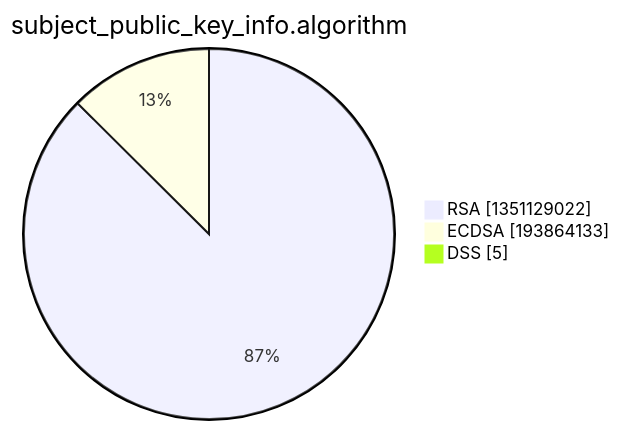
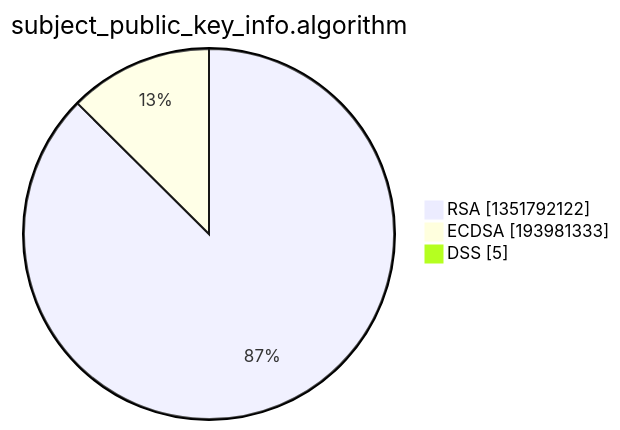
One commit to christiankrug/ctmonitor_visualization changed the third of 15 diagrams in xenon2022/README.md. Above: the diagram before and after it, drawn with Mermaid. The commit also changed other lines of this file, not shown here.

````diff
--- a/xenon2022/README.md
+++ b/xenon2022/README.md
@@ -14,7 +14,7 @@
 ```mermaid
 pie showData
 title subject_public_key_info.algorithm
-"RSA" :1351129022
-"ECDSA" :193864133
+"RSA" :1351792122
+"ECDSA" :193981333
 "DSS" :5
 ```
````
